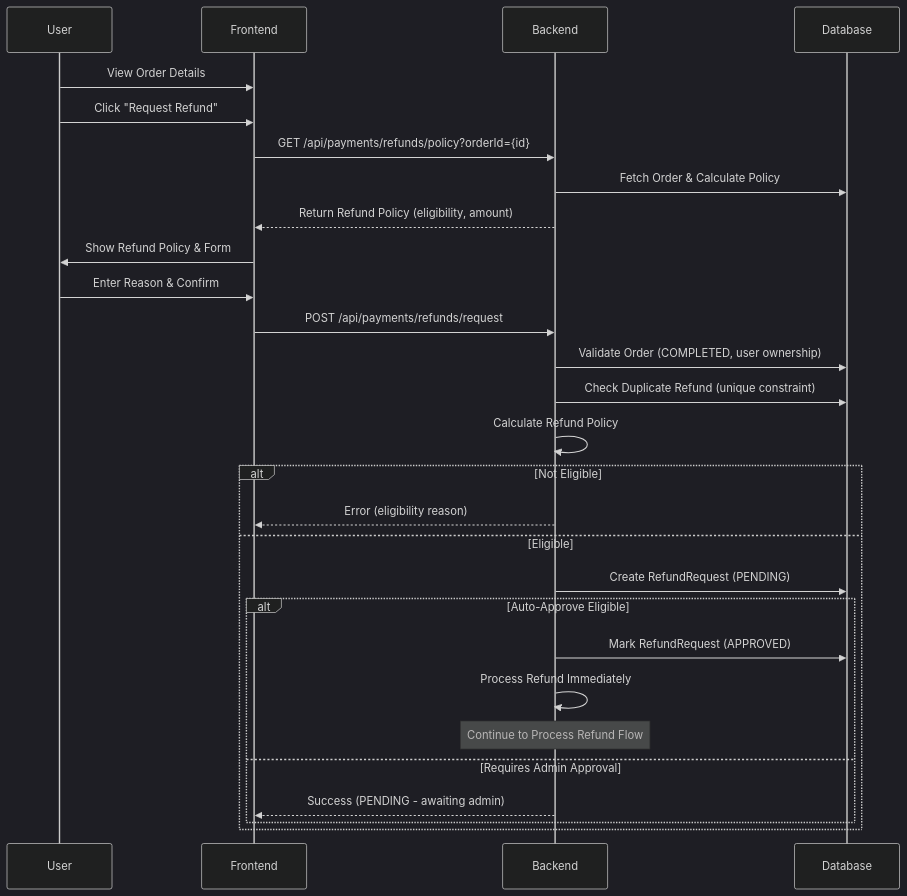
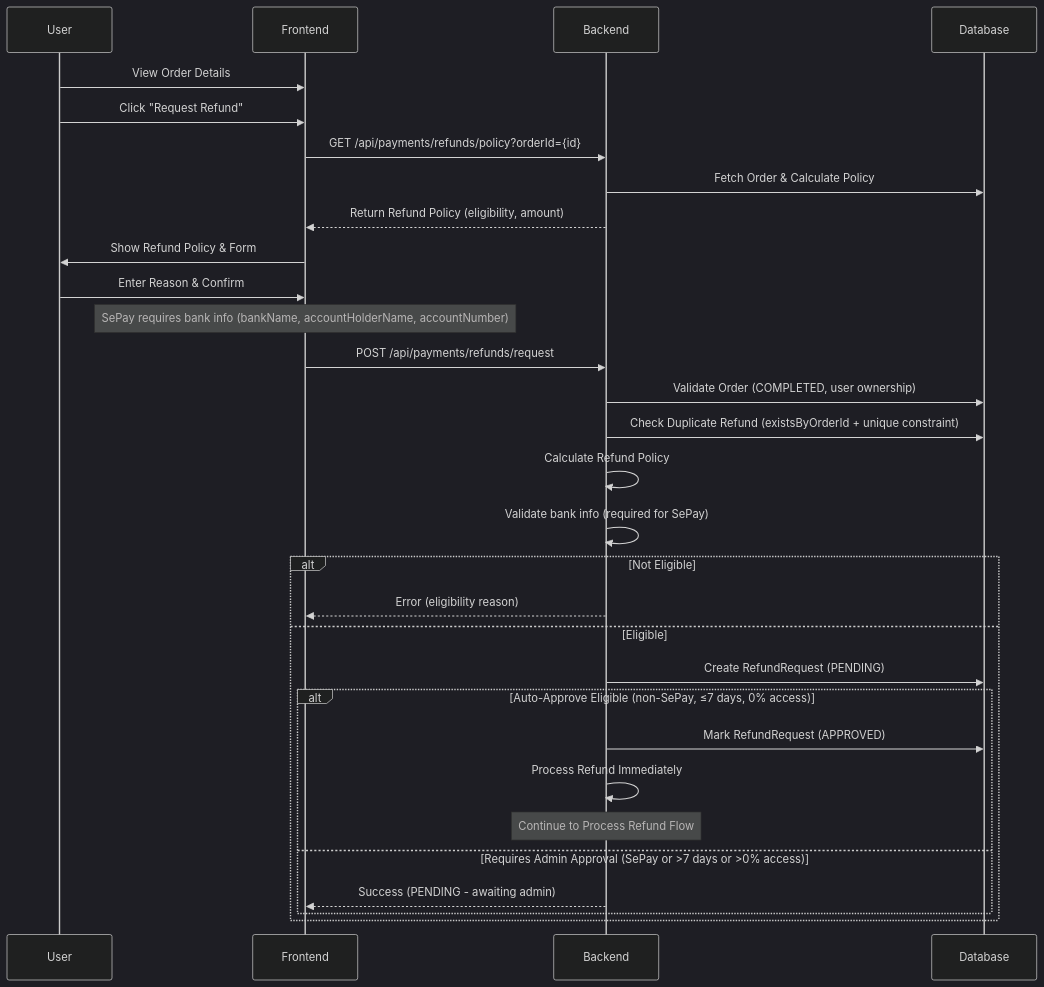
Before and after one commit to HuuLocFIT/EduMind: the first of 11 diagrams in docs/workflows/refund_workflows.md, drawn with Mermaid (dark theme). The commit also changed other lines of this file and 1 other file, not shown here.

First line of the commit message:
feat: update payout and refund workflows documentation

````diff
--- a/docs/workflows/refund_workflows.md
+++ b/docs/workflows/refund_workflows.md
@@ -11,31 +11,33 @@
 ```mermaid
 sequenceDiagram
     participant User
     participant Frontend
     participant Backend
     participant Database
 
     User->>Frontend: View Order Details
     User->>Frontend: Click "Request Refund"
     Frontend->>Backend: GET /api/payments/refunds/policy?orderId={id}
     Backend->>Database: Fetch Order & Calculate Policy
     Backend-->>Frontend: Return Refund Policy (eligibility, amount)
     Frontend->>User: Show Refund Policy & Form
     User->>Frontend: Enter Reason & Confirm
+    Note over Frontend: SePay requires bank info (bankName, accountHolderName, accountNumber)
     Frontend->>Backend: POST /api/payments/refunds/request
     Backend->>Database: Validate Order (COMPLETED, user ownership)
-    Backend->>Database: Check Duplicate Refund (unique constraint)
+    Backend->>Database: Check Duplicate Refund (existsByOrderId + unique constraint)
     Backend->>Backend: Calculate Refund Policy
+    Backend->>Backend: Validate bank info (required for SePay)
     alt Not Eligible
         Backend-->>Frontend: Error (eligibility reason)
     else Eligible
         Backend->>Database: Create RefundRequest (PENDING)
-        alt Auto-Approve Eligible
+        alt Auto-Approve Eligible (non-SePay, ≤7 days, 0% access)
             Backend->>Database: Mark RefundRequest (APPROVED)
             Backend->>Backend: Process Refund Immediately
             Note over Backend: Continue to Process Refund Flow
-        else Requires Admin Approval
+        else Requires Admin Approval (SePay or >7 days or >0% access)
             Backend-->>Frontend: Success (PENDING - awaiting admin)
         end
     end
 ```
````
